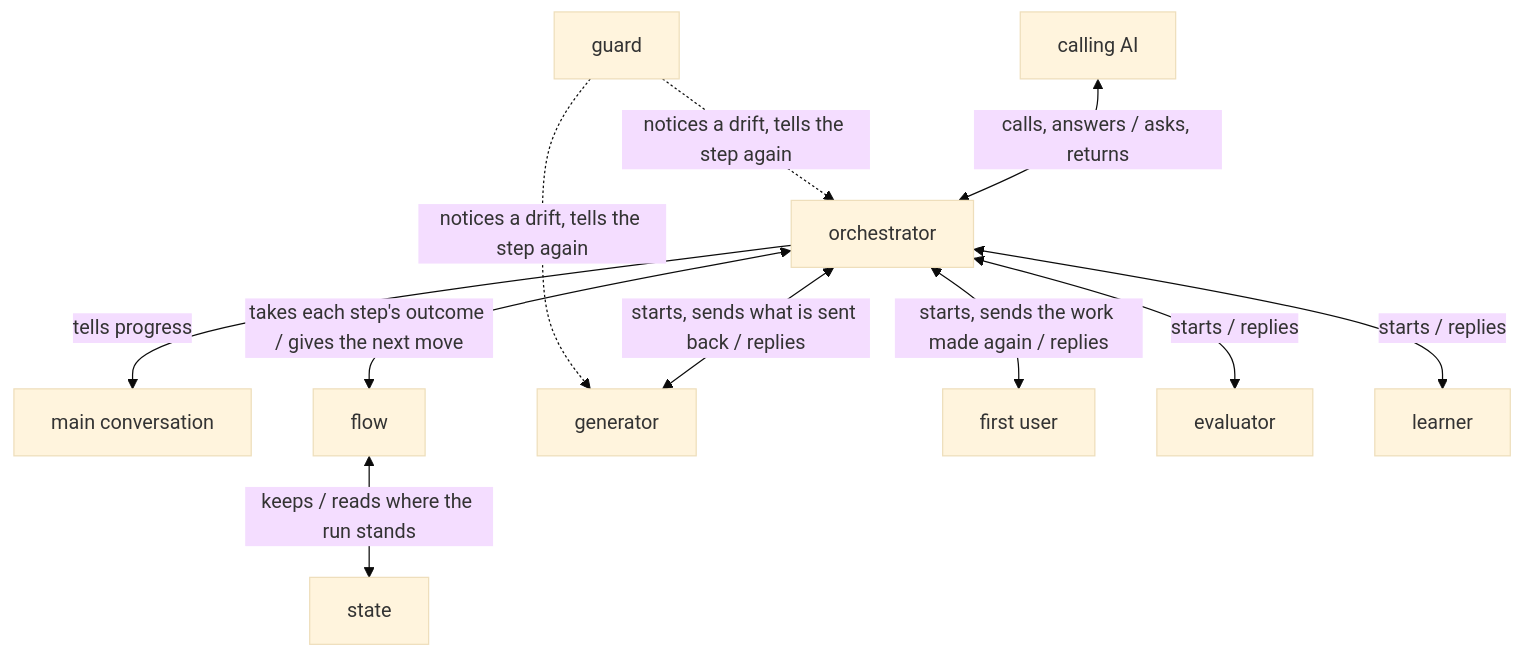
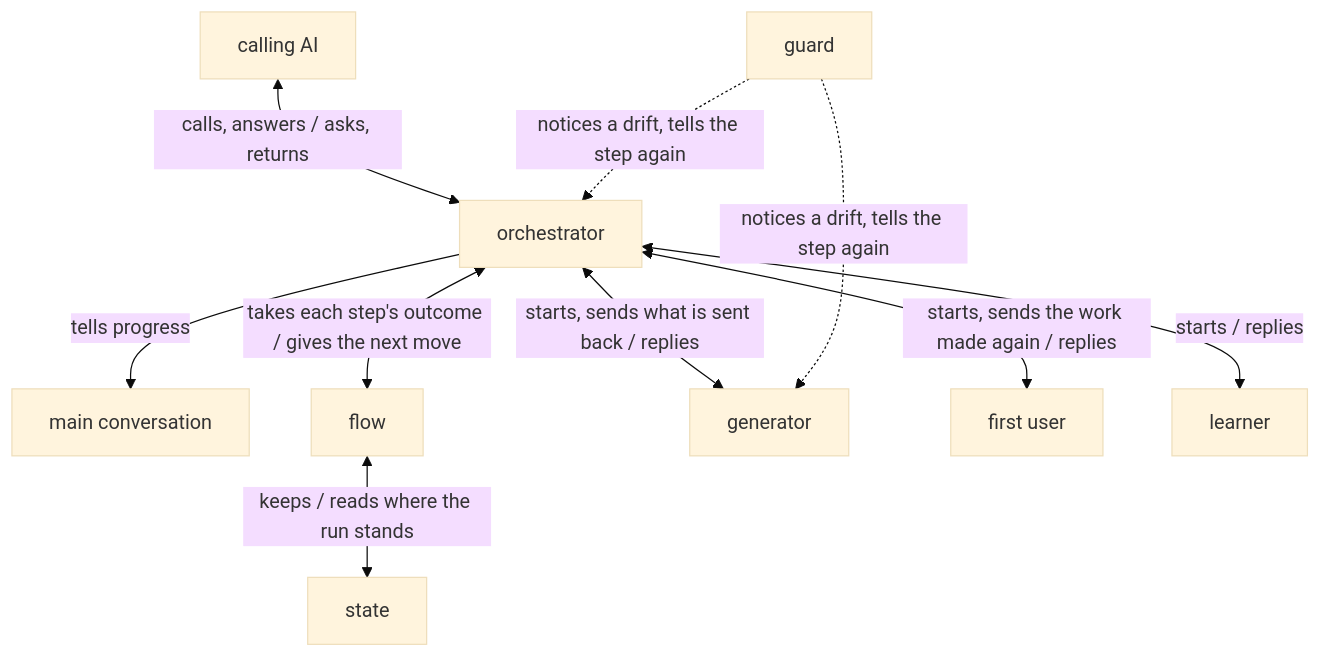
Before and after one commit to lovaizu/ccpm: the diagram in dev/turn/design.md, drawn with Mermaid (base theme). The commit also changed other lines of this file and 2 other files, not shown here.

Commit message:
turn design: the evaluator out; the first user finds every item's Good and the orchestrator checks each holds, reading it at its lines and running what it says, a Good taken only where both hold, as the user set the orchestrator's part

````diff
--- a/dev/turn/design.md
+++ b/dev/turn/design.md
@@ -33,23 +33,21 @@
 ```mermaid
 flowchart TB
   caller["calling AI"]
   main["main conversation"]
   orch["orchestrator"]
   flow["flow"]
   state["state"]
   gen["generator"]
   fu["first user"]
-  ev["evaluator"]
   le["learner"]
   guard["guard"]
   caller <-->|calls, answers / asks, returns| orch
   orch -->|tells progress| main
   orch <-->|takes each step's outcome / gives the next move| flow
   flow <-->|keeps / reads where the run stands| state
   orch <-->|starts, sends what is sent back / replies| gen
   orch <-->|starts, sends the work made again / replies| fu
-  orch <-->|starts / replies| ev
   orch <-->|starts / replies| le
   guard -.->|notices a drift, tells the step again| orch
   guard -.->|notices a drift, tells the step again| gen
 ```
````
